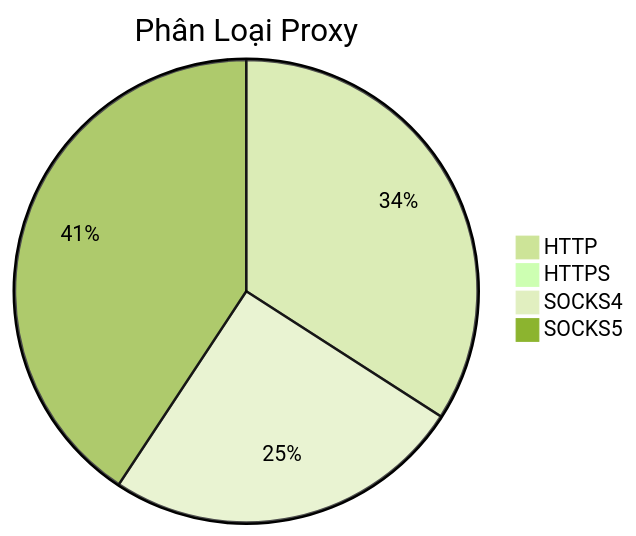
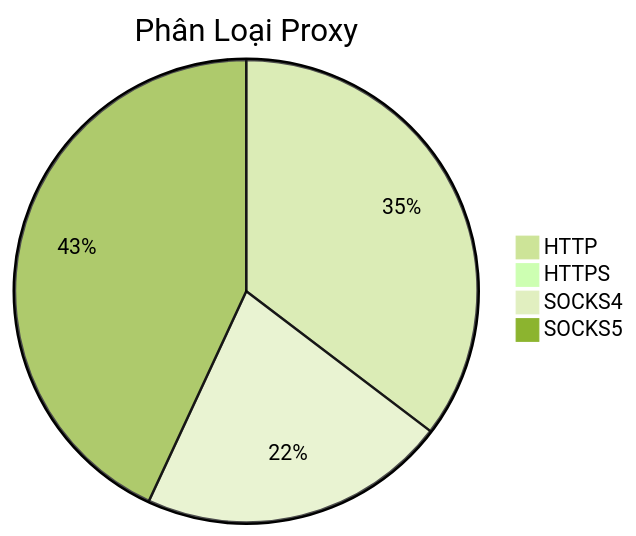
Before and after one commit to Ciara-12/PROXY-free: the diagram in README.md, drawn with Mermaid (forest theme). The commit also changed other lines of this file and 4 other files, not shown here.

````diff
--- a/README.md
+++ b/README.md
@@ -26,7 +26,7 @@
 ```mermaid
 pie title Phân Loại Proxy
-    "HTTP" : 417
-    "HTTPS" : 3
-    "SOCKS4" : 308
-    "SOCKS5" : 498
+    "HTTP" : 511
+    "HTTPS" : 2
+    "SOCKS4" : 312
+    "SOCKS5" : 623
 ```
````
